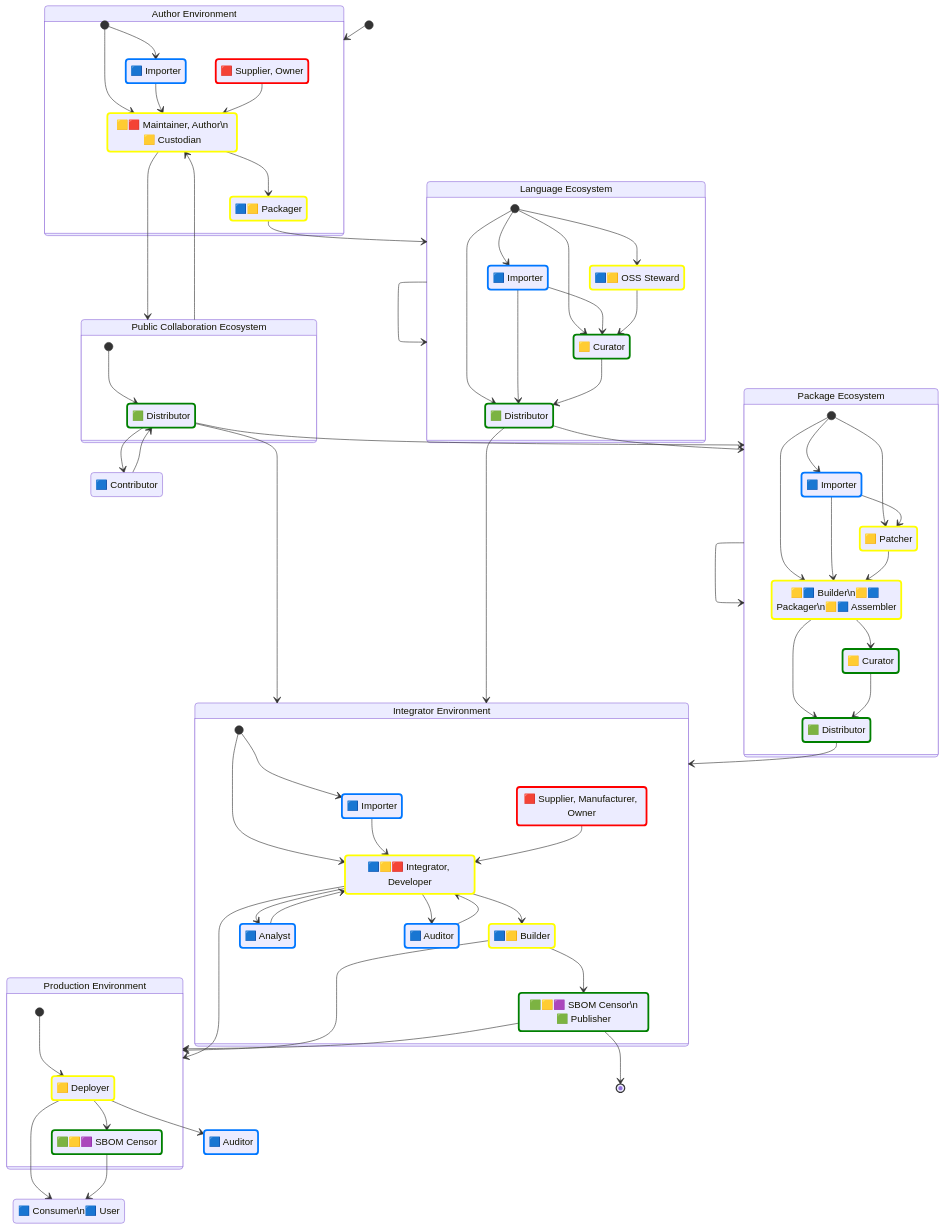
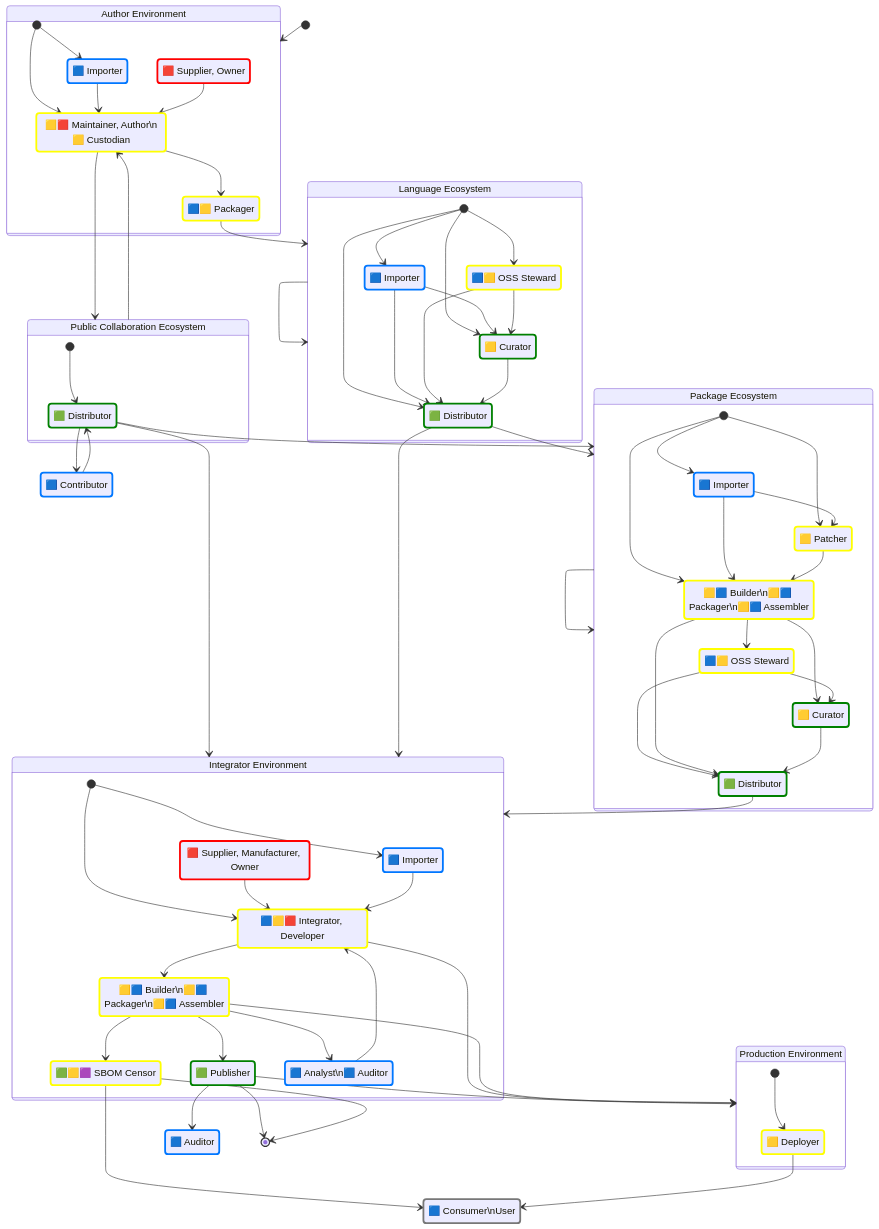
Before and after one commit to CPAN-Security/security.metacpan.org: the third of 3 diagrams in docs/supplychain-sbom.md, drawn with Mermaid. The commit also changed other lines of this file, not shown here.

Commit message:
Clarify Lang/Package Ecosystem Stewards & more
also,
- Show intergrators also can make packages and containers
- Internal Auditors and Analysts are pretty much equivalent roles. Merge!
- SBOM Censors are only useful when publishing to a general audience.
- Users don't care about SBOMs

```diff
--- a/docs/supplychain-sbom.md
+++ b/docs/supplychain-sbom.md
@@ -198,34 +198,35 @@
 stateDiagram-v2
     direction TB
     accTitle: An idealized Open Source supply-chain graph
+    %%accDescr: This graph illustrates how different types of development environments and ecosystems interconnect, what kind of roles you may find in these, and what type of metadata operations they may care to do
 
     %%
     state "🟦 Importer" as author_importer
     state "🟥 Supplier, Owner" as author_owner
-    state "🟨🟥 Maintainer, Author\n🟨 Custodian" as author
+    state "🟨🟥 Maintainer, Author\n🟨 Custodian" as author_maintainer
     state "🟩 Distributor" as repository_distributor
     state "🟦 Importer" as language_importer
     state "🟦🟨 Packager" as language_packager
     state "🟦🟨 OSS Steward" as language_steward
     state "🟨 Curator" as language_curator
     state "🟩 Distributor" as language_distributor
-    state "🟦 Contributor" as contributor
+    state "🟦 Contributor" as external_contributor
     state "🟦 Importer" as package_importer
     state "🟨 Patcher" as package_patcher
     state "🟨🟦 Builder\n🟨🟦 Packager\n🟨🟦 Assembler" as package_packager
+    state "🟦🟨 OSS Steward" as package_steward
     state "🟨 Curator" as package_curator
     state "🟩 Distributor" as package_distributor
     state "🟦 Importer" as integrator_importer
     state "🟥 Supplier, Manufacturer, Owner" as integrator_owner
     state "🟦🟨🟥 Integrator, Developer" as integrator_developer
-    state "🟩🟨🟪 SBOM Censor\n🟩 Publisher" as integrator_publisher
-    state "🟦🟨 Builder" as integrator_builder
-    state "🟨 Deployer" as deployer
-    state "🟦 Analyst" as integrator_analyst
-    state "🟩🟨🟪 SBOM Censor" as censor
-    state "🟦 Consumer\n🟦  User" as consumer
-    state "🟦 Auditor" as auditor_internal
-    state "🟦 Auditor" as auditor_external
+    state "🟩🟨🟪 SBOM Censor" as integrator_censor
+    state "🟩 Publisher" as integrator_publisher
+    state "🟨🟦 Builder\n🟨🟦 Packager\n🟨🟦 Assembler" as integrator_builder
+    state "🟨 Deployer" as prod_deployer
+    state "🟦 Consumer\nUser" as external_consumer
+    state "🟦 Analyst\n🟦 Auditor" as integrator_analyst
+    state "🟦 Auditor" as external_auditor
 
     %% 
     classDef createsSBOM stroke:red,stroke-width:3px;
@@ -234,40 +235,42 @@
     classDef distributesSBOM stroke:green,stroke-width:3px;
     classDef verifiesSBOM stroke:#07f,stroke-width:3px;
     classDef censorsSBOM stroke:#07f,stroke-width:3px;
+    classDef ignoresSBOM stroke:#777,stroke-width:3px;
 
     %% 
     class author_importer verifiesSBOM
     class author_owner createsSBOM
-    class manufacturer_owner createsSBOM
-    class author assemblesSBOM
-    class package_importer verifiesSBOM
-    class package_patcher updatesSBOM
-    class package_packager assemblesSBOM
-    class package_curator distributesSBOM
-    class package_distributor distributesSBOM
+    class author_maintainer assemblesSBOM
+    class repository_distributor distributesSBOM
     class language_importer verifiesSBOM
     class language_packager assemblesSBOM
     class language_steward updatesSBOM
     class language_curator distributesSBOM
     class language_distributor distributesSBOM
-    class repository_distributor distributesSBOM
+    class package_importer verifiesSBOM
+    class package_patcher updatesSBOM
+    class package_packager assemblesSBOM
+    class package_steward updatesSBOM
+    class package_curator distributesSBOM
+    class package_distributor distributesSBOM
     class integrator_importer verifiesSBOM
     class integrator_owner createsSBOM
     class integrator_developer assemblesSBOM
+    class integrator_censor updatesSBOM
     class integrator_publisher distributesSBOM
     class integrator_builder assemblesSBOM
     class integrator_analyst verifiesSBOM
-    class deployer assemblesSBOM
-    class censor distributesSBOM
-    class auditor_internal verifiesSBOM
-    class auditor_external verifiesSBOM
+    class prod_deployer assemblesSBOM
+    class external_auditor verifiesSBOM
+    class external_contributor verifiesSBOM
+    class external_consumer ignoresSBOM
 
     state "Author Environment" as environment_maintainer {
         [*] --> author_importer
-        [*] --> author
-        author_importer --> author
-        author_owner --> author
-        author       --> language_packager
+        [*] --> author_maintainer
+        author_importer   --> author_maintainer
+        author_owner      --> author_maintainer
+        author_maintainer --> language_packager
     }
 
     [*] --> environment_maintainer
@@ -280,6 +283,7 @@
         language_importer --> language_distributor
         language_importer --> language_curator
         language_steward --> language_curator
+        language_steward --> language_distributor
         language_curator --> language_distributor
     }
 
@@ -290,11 +294,11 @@
         [*] --> repository_distributor
     }
 
-    author         --> ecosystem_repo
-    ecosystem_repo --> author
+    author_maintainer --> ecosystem_repo
+    ecosystem_repo    --> author_maintainer
 
-    repository_distributor --> contributor
-    contributor            --> repository_distributor
+    repository_distributor --> external_contributor
+    external_contributor   --> repository_distributor
 
     state "Package Ecosystem" as ecosystem_package {
         [*] --> package_importer
@@ -304,6 +308,9 @@
         package_importer --> package_packager
         package_patcher  --> package_packager
         package_packager --> package_curator
+        package_steward  --> package_distributor
+        package_steward  --> package_curator
+        package_packager --> package_steward 
         package_packager --> package_distributor
         package_curator  --> package_distributor
     }
@@ -313,16 +320,15 @@
     ecosystem_package      --> ecosystem_package
 
     state "Integrator Environment" as environment_integrator {
+        [*] --> integrator_importer
         [*] --> integrator_developer
-        [*] --> integrator_importer
+        integrator_owner     --> integrator_developer
         integrator_importer  --> integrator_developer
-        integrator_owner     --> integrator_developer
+        integrator_builder   --> integrator_censor
         integrator_builder   --> integrator_publisher
-        integrator_developer --> integrator_analyst
+        integrator_builder   --> integrator_analyst
         integrator_analyst   --> integrator_developer
-        auditor_internal     --> integrator_developer
         integrator_developer --> integrator_builder
-        integrator_developer --> auditor_internal
     }
 
     repository_distributor --> environment_integrator
@@ -330,18 +336,18 @@
     package_distributor    --> environment_integrator
 
     state "Production Environment" as environment_prod {
-        [*] --> deployer
-        deployer --> censor
+        [*] --> prod_deployer
     }
 
-    integrator_publisher --> [*]
+    integrator_publisher --> external_auditor
     integrator_developer --> environment_prod 
     integrator_builder   --> environment_prod 
     integrator_publisher --> environment_prod 
+    integrator_censor    --> external_consumer
+    integrator_publisher --> [*]
+    integrator_censor    --> [*]
 
-    deployer --> auditor_external
-    deployer --> consumer
-    censor --> consumer
+    prod_deployer --> external_consumer
 
     %% Copyright © 2024 Salve J. Nilsen <sjn@oslo.pm>
     %% Some rights reserved. Licenced CC-BY-SA-4.0
```
